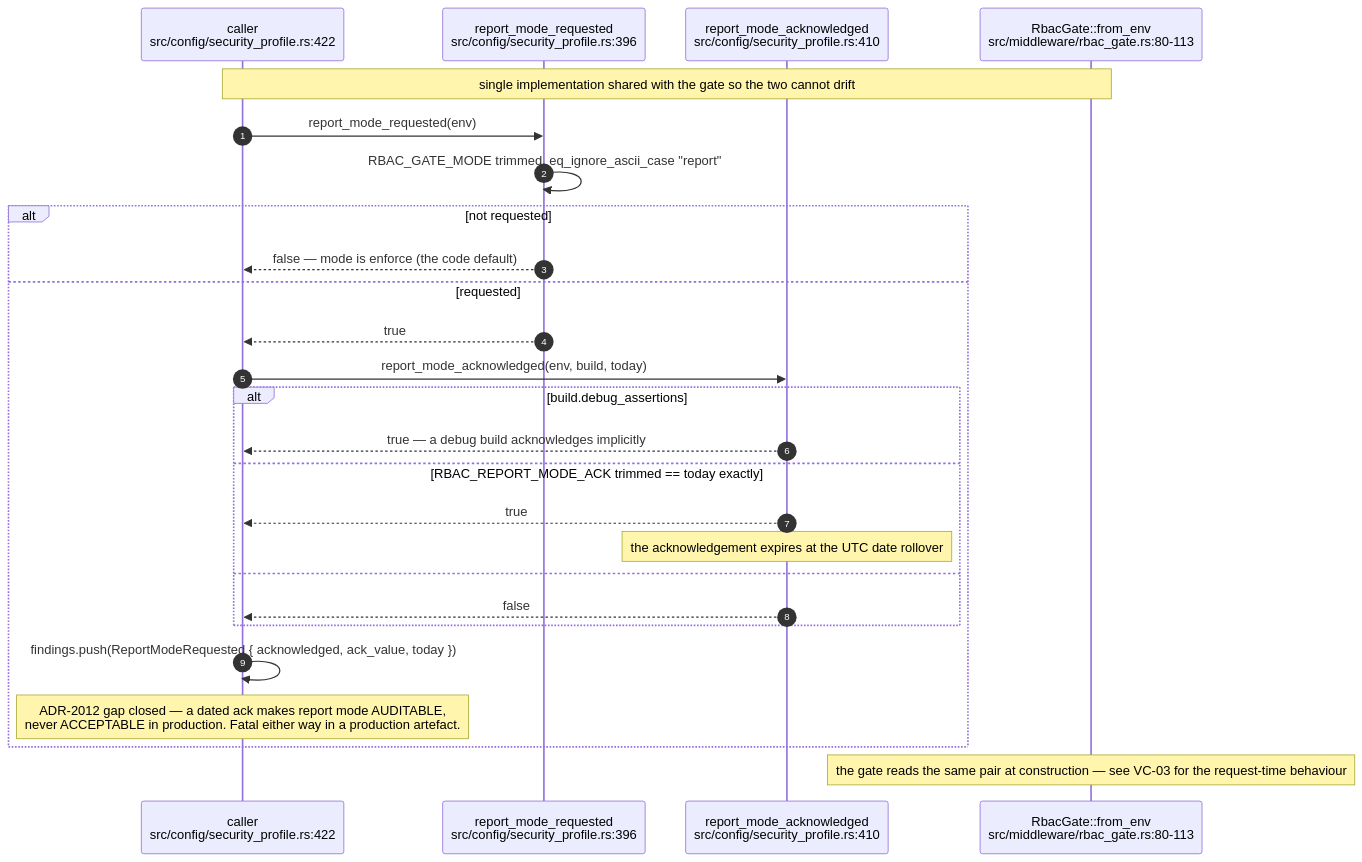
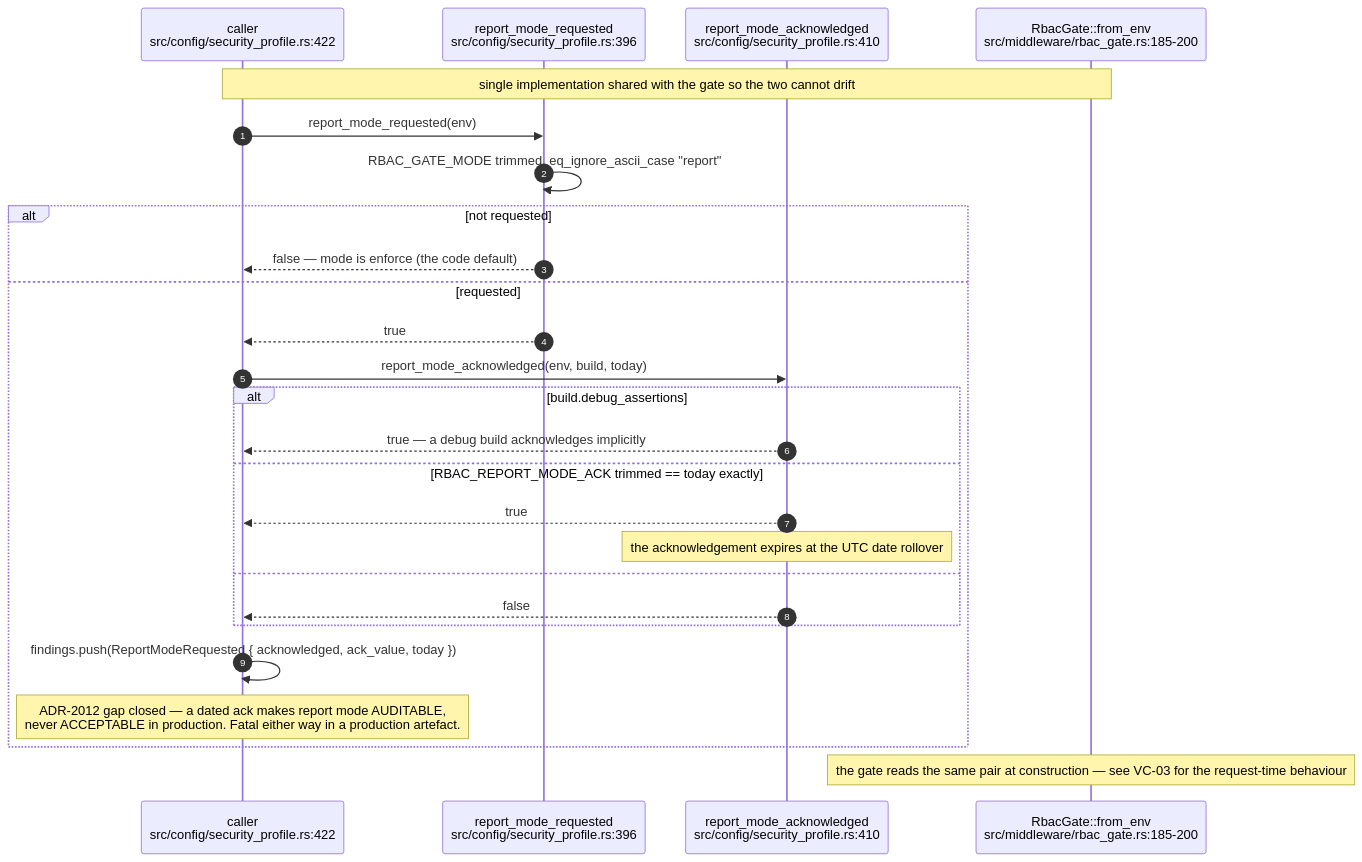
The seventh of 15 diagrams in docs/diagrams/visionclaw/09-config-and-env-flags.md (DreamLab-AI/AR-AI-Knowledge-Graph), drawn with Mermaid before and after one commit. The commit also changed other lines of this file and 73 other files, not shown here.

First line of the commit message:
docs(diagrams): re-verify all 71 topic files against HEAD; add --cite-check

````diff
--- a/docs/diagrams/visionclaw/09-config-and-env-flags.md
+++ b/docs/diagrams/visionclaw/09-config-and-env-flags.md
@@ -344,29 +344,29 @@
 ```mermaid
 sequenceDiagram
     autonumber
     participant C as caller<br/>src/config/security_profile.rs:422
     participant R as report_mode_requested<br/>src/config/security_profile.rs:396
     participant K as report_mode_acknowledged<br/>src/config/security_profile.rs:410
-    participant G as RbacGate::from_env<br/>src/middleware/rbac_gate.rs:80-113
+    participant G as RbacGate::from_env<br/>src/middleware/rbac_gate.rs:185-200
 
     Note over C,G: single implementation shared with the gate so the two cannot drift
     C->>R: report_mode_requested(env)
     R->>R: RBAC_GATE_MODE trimmed, eq_ignore_ascii_case "report"
     alt not requested
         R-->>C: false — mode is enforce (the code default)
     else requested
         R-->>C: true
         C->>K: report_mode_acknowledged(env, build, today)
         alt build.debug_assertions
             K-->>C: true — a debug build acknowledges implicitly
         else RBAC_REPORT_MODE_ACK trimmed == today exactly
             K-->>C: true
             Note over K: the acknowledgement expires at the UTC date rollover
         else
             K-->>C: false
         end
         C->>C: findings.push(ReportModeRequested { acknowledged, ack_value, today })
         Note over C: ADR-2012 gap closed — a dated ack makes report mode AUDITABLE,<br/>never ACCEPTABLE in production. Fatal either way in a production artefact.
     end
     Note over G: the gate reads the same pair at construction — see VC-03 for the request-time behaviour
 ```
````
